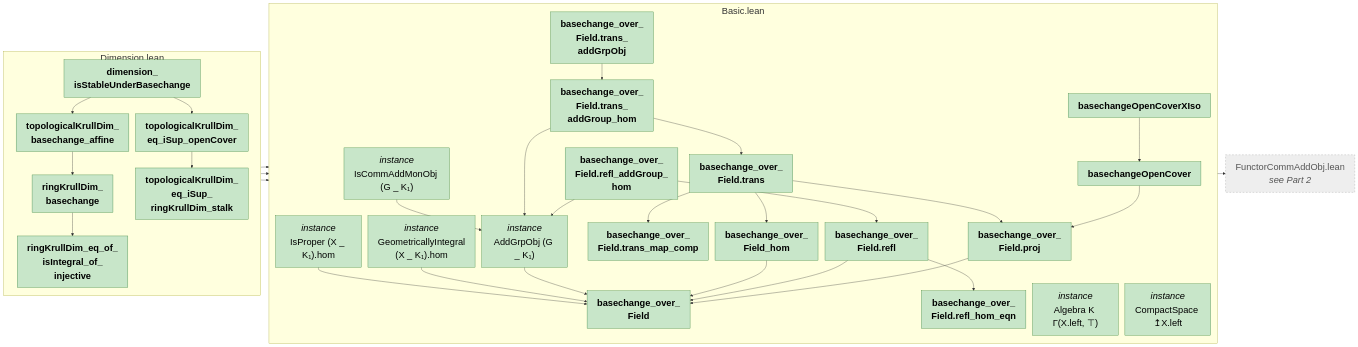
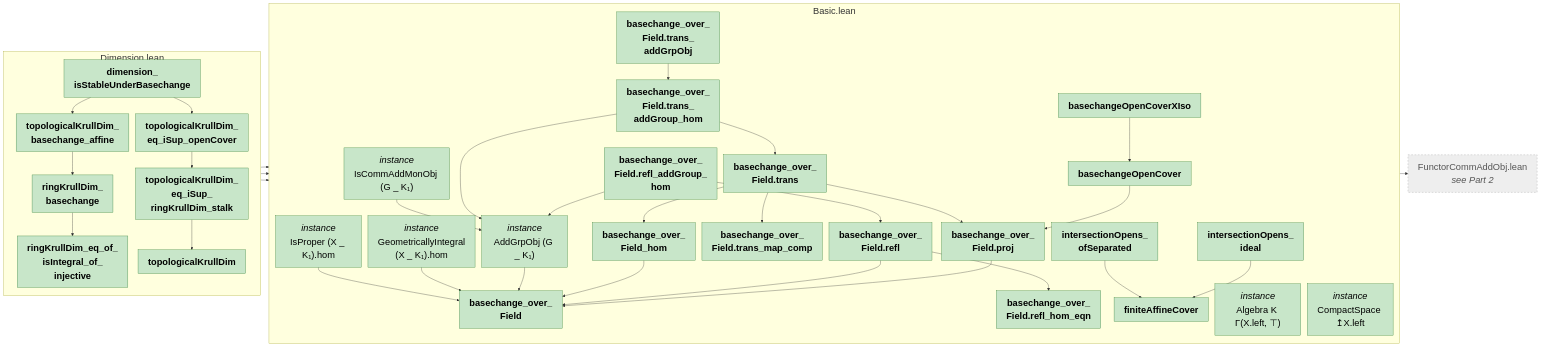
The third of 5 diagrams in CMAbelianVarieties/MindMapStep2.md (abhijitaj1997/CMAbelianVarieties), drawn with Mermaid before and after one commit. The commit also changed other lines of this file and 2 other files, not shown here.

First line of the commit message:
prove exists_model_of_isSeparated_of_locallyOfFiniteType; update MindMapStep2 and CLAUDE.md

````diff
--- a/CMAbelianVarieties/MindMapStep2.md
+++ b/CMAbelianVarieties/MindMapStep2.md
@@ -242,70 +246,77 @@
 ```mermaid
 %%{init: {"flowchart": {"useMaxWidth": false, "rankSpacing": 25, "nodeSpacing": 20}, "themeVariables": {"fontSize": "28px"}}}%%
 graph LR
   subgraph m_CMAbelianVarieties_AlgebraicGeometry_Basic["Basic.lean"]
     direction TB
     n_basechangeOpenCover["<b>basechangeOpenCover</b>"]
     n_basechangeOpenCoverXIso["<b>basechangeOpenCoverXIso</b>"]
     n_basechange_over_Field["<b>basechange_over_<br/>Field</b>"]
     n_basechange_over_Field_proj["<b>basechange_over_<br/>Field.proj</b>"]
     n_basechange_over_Field_refl["<b>basechange_over_<br/>Field.refl</b>"]
     n_basechange_over_Field_refl_addGroup_hom["<b>basechange_over_<br/>Field.refl_addGroup_<br/>hom</b>"]
     n_basechange_over_Field_refl_hom_eqn["<b>basechange_over_<br/>Field.refl_hom_eqn</b>"]
     n_basechange_over_Field_trans["<b>basechange_over_<br/>Field.trans</b>"]
     n_basechange_over_Field_trans_addGroup_hom["<b>basechange_over_<br/>Field.trans_<br/>addGroup_hom</b>"]
     n_basechange_over_Field_trans_addGrpObj["<b>basechange_over_<br/>Field.trans_<br/>addGrpObj</b>"]
     n_basechange_over_Field_trans_map_comp["<b>basechange_over_<br/>Field.trans_map_comp</b>"]
     n_basechange_over_Field_hom["<b>basechange_over_<br/>Field_hom</b>"]
+    n_finiteAffineCover["<b>finiteAffineCover</b>"]
     n_instAddGrpObjOverSchemeSpecOfBasechange_over_Field["<i>instance</i><br/>AddGrpObj (G _ K₁)"]
     n_instAlgebraCarrierObjOppositeOpensCarrierCarrierCommRingCatLeftSchemePresheafOpOpensTop_cMAbelianVarieties["<i>instance</i><br/>Algebra K Γ(X.left, ⊤)"]
     n_instCompactSpaceCarrierCarrierCommRingCatLeftSchemeOfIsProperHom_cMAbelianVarieties["<i>instance</i><br/>CompactSpace ↥X.left"]
     n_instGeometricallyIntegralHomSchemeBasechange_over_Field["<i>instance</i><br/>GeometricallyIntegral<br/>(X _ K₁).hom"]
     n_instIsCommAddMonObjOverSchemeSpecOfBasechange_over_Field["<i>instance</i><br/>IsCommAddMonObj (G _ K₁)"]
     n_instIsProperHomSchemeBasechange_over_Field["<i>instance</i><br/>IsProper (X _ K₁).hom"]
+    n_intersectionOpens_ideal["<b>intersectionOpens_<br/>ideal</b>"]
+    n_intersectionOpens_ofSeparated["<b>intersectionOpens_<br/>ofSeparated</b>"]
   end
   subgraph m_CMAbelianVarieties_AlgebraicGeometry_Dimension["Dimension.lean"]
     direction TB
     n_dimension_isStableUnderBasechange["<b>dimension_<br/>isStableUnderBasechange</b>"]
     n_ringKrullDim_basechange["<b>ringKrullDim_<br/>basechange</b>"]
     n_ringKrullDim_eq_of_isIntegral_of_injective["<b>ringKrullDim_eq_of_<br/>isIntegral_of_<br/>injective</b>"]
+    n_topologicalKrullDim["<b>topologicalKrullDim</b>"]
     n_topologicalKrullDim_basechange_affine["<b>topologicalKrullDim_<br/>basechange_affine</b>"]
     n_topologicalKrullDim_eq_iSup_openCover["<b>topologicalKrullDim_<br/>eq_iSup_openCover</b>"]
     n_topologicalKrullDim_eq_iSup_ringKrullDim_stalk["<b>topologicalKrullDim_<br/>eq_iSup_<br/>ringKrullDim_stalk</b>"]
   end
   x_CMAbelianVarieties_ForMathlib_FunctorCommAddObj["FunctorCommAddObj.lean<br/><i>see Part 2</i>"]
 
   n_basechangeOpenCover --> n_basechange_over_Field_proj
   n_basechangeOpenCoverXIso --> n_basechangeOpenCover
   n_basechange_over_Field_proj --> n_basechange_over_Field
   n_basechange_over_Field_refl --> n_basechange_over_Field
   n_basechange_over_Field_refl --> n_basechange_over_Field_refl_hom_eqn
   n_basechange_over_Field_refl_addGroup_hom --> n_basechange_over_Field_refl
   n_basechange_over_Field_refl_addGroup_hom --> n_instAddGrpObjOverSchemeSpecOfBasechange_over_Field
+  n_basechange_over_Field_trans --> n_basechange_over_Field_hom
   n_basechange_over_Field_trans --> n_basechange_over_Field_proj
   n_basechange_over_Field_trans --> n_basechange_over_Field_trans_map_comp
-  n_basechange_over_Field_trans --> n_basechange_over_Field_hom
   n_basechange_over_Field_trans_addGroup_hom --> n_basechange_over_Field_trans
   n_basechange_over_Field_trans_addGroup_hom --> n_instAddGrpObjOverSchemeSpecOfBasechange_over_Field
   n_basechange_over_Field_trans_addGrpObj --> n_basechange_over_Field_trans_addGroup_hom
   n_basechange_over_Field_hom --> n_basechange_over_Field
   n_dimension_isStableUnderBasechange --> n_basechangeOpenCoverXIso
   n_dimension_isStableUnderBasechange --> n_topologicalKrullDim_basechange_affine
   n_dimension_isStableUnderBasechange --> n_topologicalKrullDim_eq_iSup_openCover
   n_instAddGrpObjOverSchemeSpecOfBasechange_over_Field --> n_basechange_over_Field
   n_instGeometricallyIntegralHomSchemeBasechange_over_Field --> n_basechange_over_Field
   n_instIsCommAddMonObjOverSchemeSpecOfBasechange_over_Field --> n_instAddGrpObjOverSchemeSpecOfBasechange_over_Field
   n_instIsCommAddMonObjOverSchemeSpecOfBasechange_over_Field --> x_CMAbelianVarieties_ForMathlib_FunctorCommAddObj
   n_instIsProperHomSchemeBasechange_over_Field --> n_basechange_over_Field
+  n_intersectionOpens_ideal --> n_finiteAffineCover
+  n_intersectionOpens_ofSeparated --> n_finiteAffineCover
   n_ringKrullDim_basechange --> n_ringKrullDim_eq_of_isIntegral_of_injective
   n_topologicalKrullDim_basechange_affine --> n_basechange_over_Field
   n_topologicalKrullDim_basechange_affine --> n_instAlgebraCarrierObjOppositeOpensCarrierCarrierCommRingCatLeftSchemePresheafOpOpensTop_cMAbelianVarieties
   n_topologicalKrullDim_basechange_affine --> n_ringKrullDim_basechange
   n_topologicalKrullDim_eq_iSup_openCover --> n_topologicalKrullDim_eq_iSup_ringKrullDim_stalk
+  n_topologicalKrullDim_eq_iSup_ringKrullDim_stalk --> n_topologicalKrullDim
 
   classDef ok fill:#c8e6c9,stroke:#2e7d32,color:#000
   classDef bad fill:#ffcdd2,stroke:#c62828,color:#000
   classDef main fill:#ffd54f,stroke:#b8860b,stroke-width:3px,color:#000
   classDef ext fill:#eeeeee,stroke:#9e9e9e,stroke-dasharray:5 5,color:#555
-  class n_basechangeOpenCover,n_basechangeOpenCoverXIso,n_basechange_over_Field,n_basechange_over_Field_proj,n_basechange_over_Field_refl,n_basechange_over_Field_refl_addGroup_hom,n_basechange_over_Field_refl_hom_eqn,n_basechange_over_Field_trans,n_basechange_over_Field_trans_addGroup_hom,n_basechange_over_Field_trans_addGrpObj,n_basechange_over_Field_trans_map_comp,n_basechange_over_Field_hom,n_dimension_isStableUnderBasechange,n_instAddGrpObjOverSchemeSpecOfBasechange_over_Field,n_instCompactSpaceCarrierCarrierCommRingCatLeftSchemeOfIsProperHom_cMAbelianVarieties,n_instGeometricallyIntegralHomSchemeBasechange_over_Field,n_instIsCommAddMonObjOverSchemeSpecOfBasechange_over_Field,n_instIsProperHomSchemeBasechange_over_Field,n_instAlgebraCarrierObjOppositeOpensCarrierCarrierCommRingCatLeftSchemePresheafOpOpensTop_cMAbelianVarieties,n_ringKrullDim_basechange,n_ringKrullDim_eq_of_isIntegral_of_injective,n_topologicalKrullDim_basechange_affine,n_topologicalKrullDim_eq_iSup_openCover,n_topologicalKrullDim_eq_iSup_ringKrullDim_stalk ok
+  class n_basechangeOpenCover,n_basechangeOpenCoverXIso,n_basechange_over_Field,n_basechange_over_Field_proj,n_basechange_over_Field_refl,n_basechange_over_Field_refl_addGroup_hom,n_basechange_over_Field_refl_hom_eqn,n_basechange_over_Field_trans,n_basechange_over_Field_trans_addGroup_hom,n_basechange_over_Field_trans_addGrpObj,n_basechange_over_Field_trans_map_comp,n_basechange_over_Field_hom,n_dimension_isStableUnderBasechange,n_finiteAffineCover,n_instAddGrpObjOverSchemeSpecOfBasechange_over_Field,n_instAlgebraCarrierObjOppositeOpensCarrierCarrierCommRingCatLeftSchemePresheafOpOpensTop_cMAbelianVarieties,n_instCompactSpaceCarrierCarrierCommRingCatLeftSchemeOfIsProperHom_cMAbelianVarieties,n_instGeometricallyIntegralHomSchemeBasechange_over_Field,n_instIsCommAddMonObjOverSchemeSpecOfBasechange_over_Field,n_instIsProperHomSchemeBasechange_over_Field,n_intersectionOpens_ideal,n_intersectionOpens_ofSeparated,n_ringKrullDim_basechange,n_ringKrullDim_eq_of_isIntegral_of_injective,n_topologicalKrullDim,n_topologicalKrullDim_basechange_affine,n_topologicalKrullDim_eq_iSup_openCover,n_topologicalKrullDim_eq_iSup_ringKrullDim_stalk ok
   class x_CMAbelianVarieties_ForMathlib_FunctorCommAddObj ext
 ```
````
